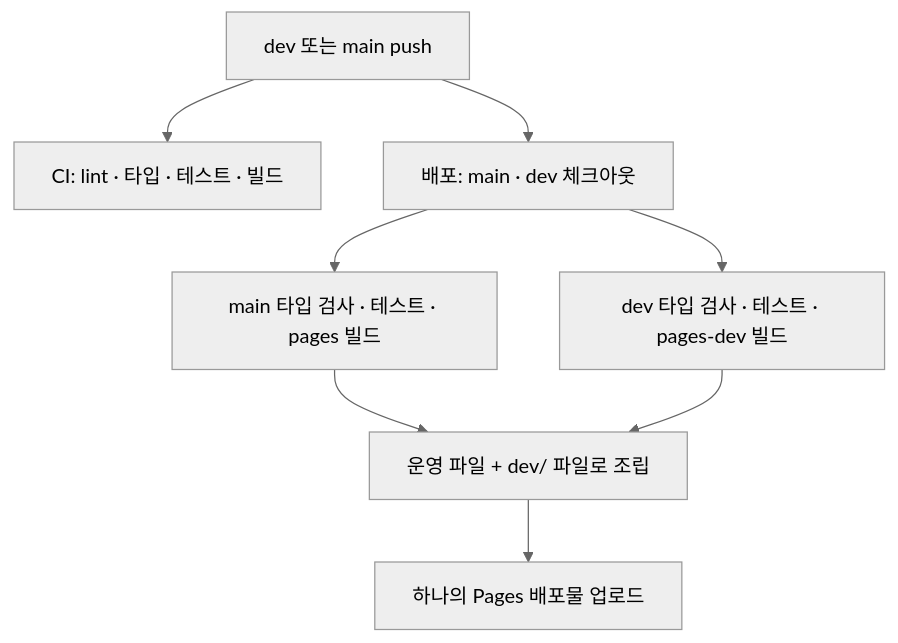
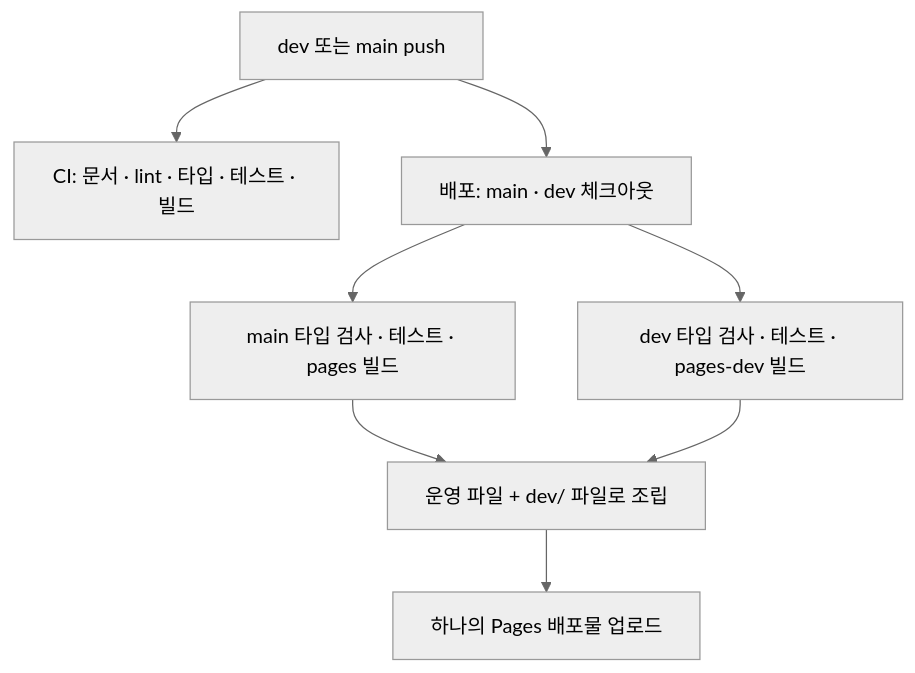
Before and after one commit to MinsangKwak/subway-midpoint: the diagram in docs/OPERATIONS.md, drawn with Mermaid (neutral theme). The commit also changed other lines of this file and 41 other files, not shown here.

````diff
--- a/docs/OPERATIONS.md
+++ b/docs/OPERATIONS.md
@@ -34,10 +34,10 @@
 ```mermaid
 flowchart TD
-    Push["dev 또는 main push"] --> CI["CI: lint · 타입 · 테스트 · 빌드"]
+    Push["dev 또는 main push"] --> CI["CI: 문서 · lint · 타입 · 테스트 · 빌드"]
     Push --> Checkout["배포: main · dev 체크아웃"]
     Checkout --> Main["main 타입 검사 · 테스트 · pages 빌드"]
     Checkout --> Dev["dev 타입 검사 · 테스트 · pages-dev 빌드"]
     Main --> Site["운영 파일 + dev/ 파일로 조립"]
     Dev --> Site
     Site --> Pages["하나의 Pages 배포물 업로드"]
 ```
````
